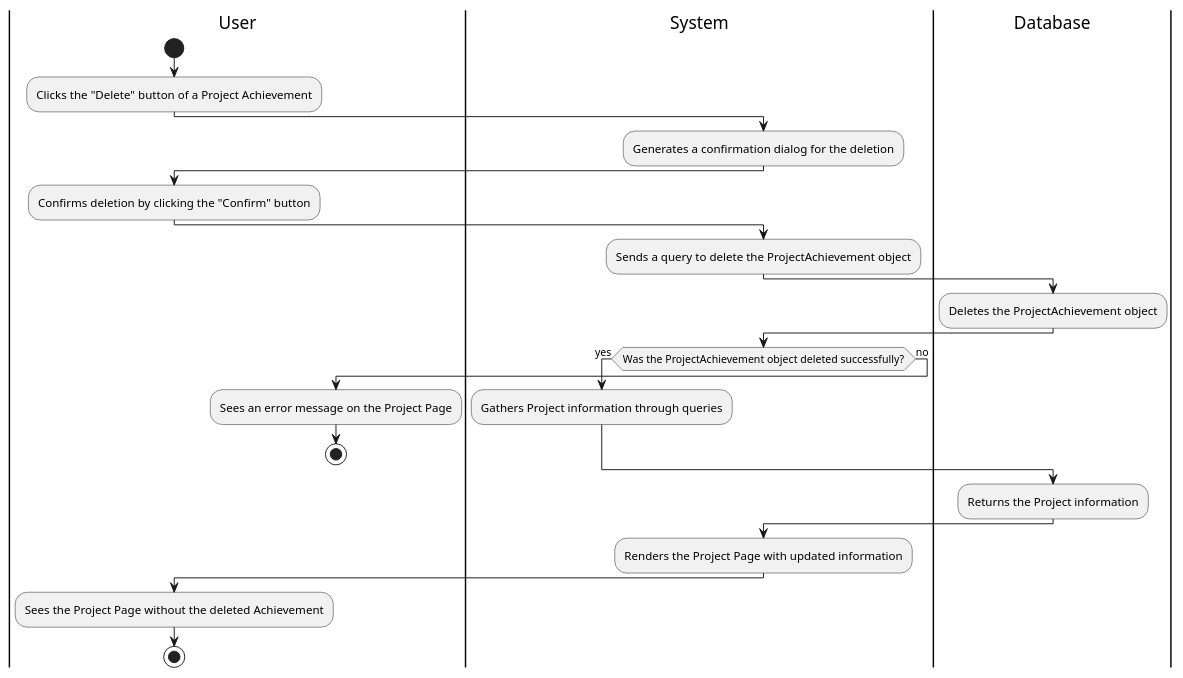
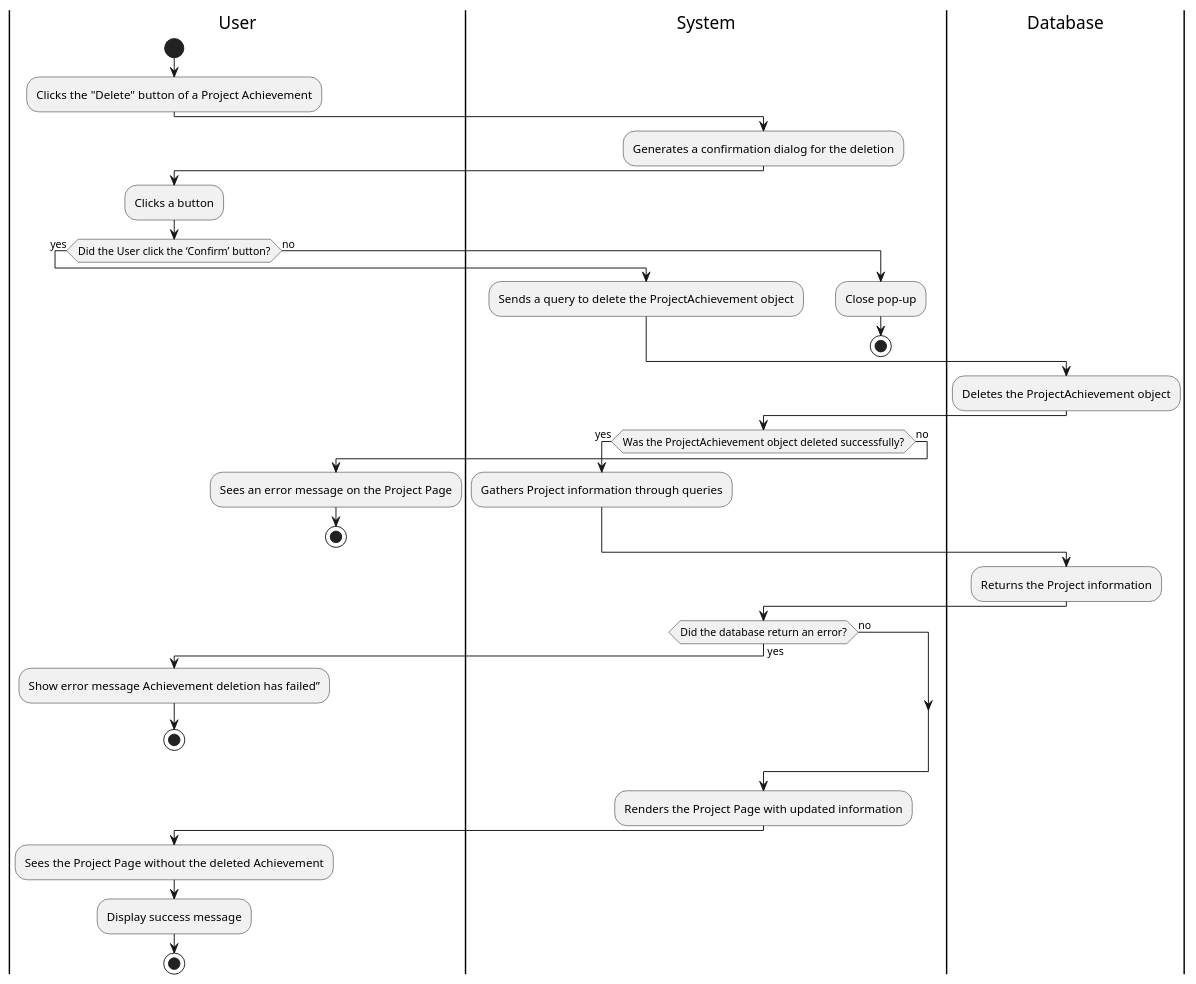
Before and after one commit to Berthou05/LimboSoftwareDevelopment_Change.org: the diagram in documentation/activity_diagrams/PROJ-15-ActivityDiagram.puml, drawn with PlantUML. The commit also changed 10 other files, not shown here.

```diff
--- a/documentation/activity_diagrams/PROJ-15-ActivityDiagram.puml
+++ b/documentation/activity_diagrams/PROJ-15-ActivityDiagram.puml
@@ -1,37 +1,52 @@
 @startuml
 |User|
 start
 :Clicks the "Delete" button of a Project Achievement;
 
 |System|
 :Generates a confirmation dialog for the deletion;
 
 |User|
-:Confirms deletion by clicking the "Confirm" button;
+:Clicks a button;
 
-|System|
-:Sends a query to delete the ProjectAchievement object;
+if(Did the User click the ‘Confirm’ button?)is(yes)then
+    |System|
+    :Sends a query to delete the ProjectAchievement object;
+else(no)
+    |System|
+    :Close pop-up;
+    stop
+endif
+
+
 
 |Database|
 :Deletes the ProjectAchievement object;
 
 |System|
 if (Was the ProjectAchievement object deleted successfully?) then (yes)
     :Gathers Project information through queries;
 else (no)
     |User|
     :Sees an error message on the Project Page;
     stop
 endif
 
 |Database|
 :Returns the Project information;
-
+|System|
+if(Did the database return an error?)is(yes)then
+    |User|
+    :Show error message Achievement deletion has failed”;
+    stop
+  else(no)
+  endif
 |System|
 :Renders the Project Page with updated information;
 
 |User|
 :Sees the Project Page without the deleted Achievement;
+:Display success message;
 
 stop
 @enduml
```
